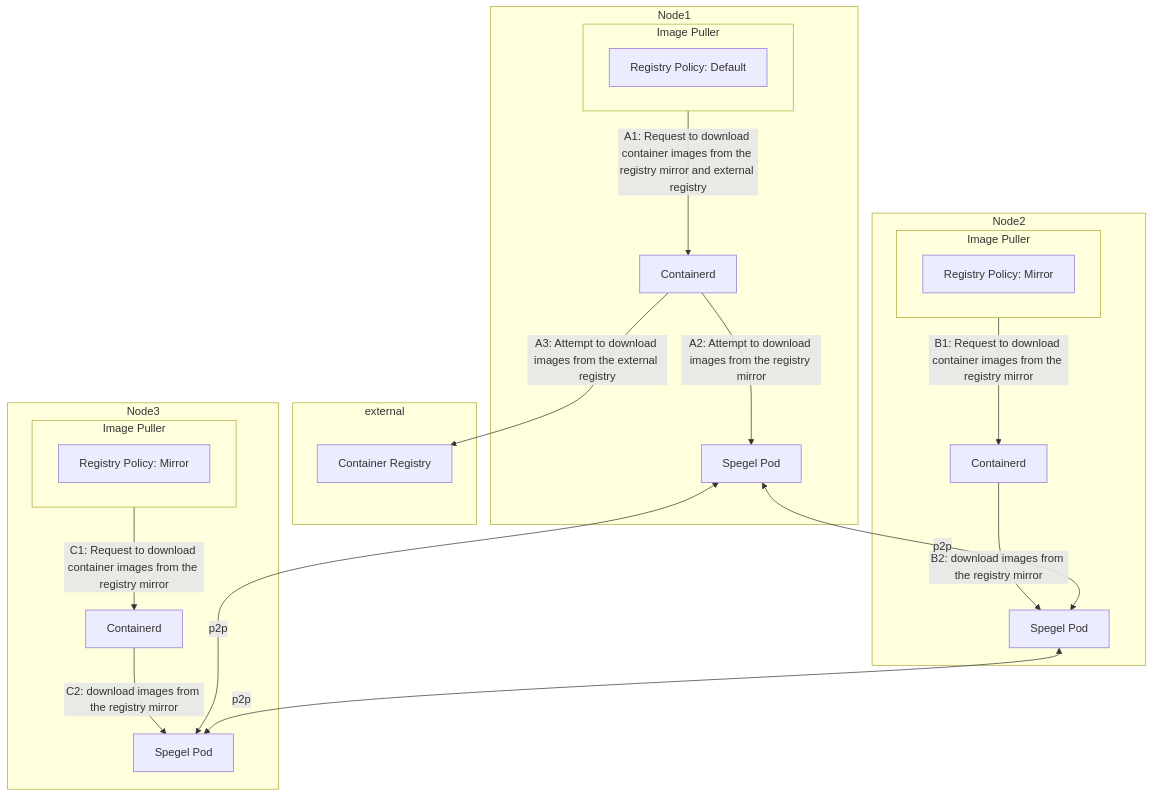
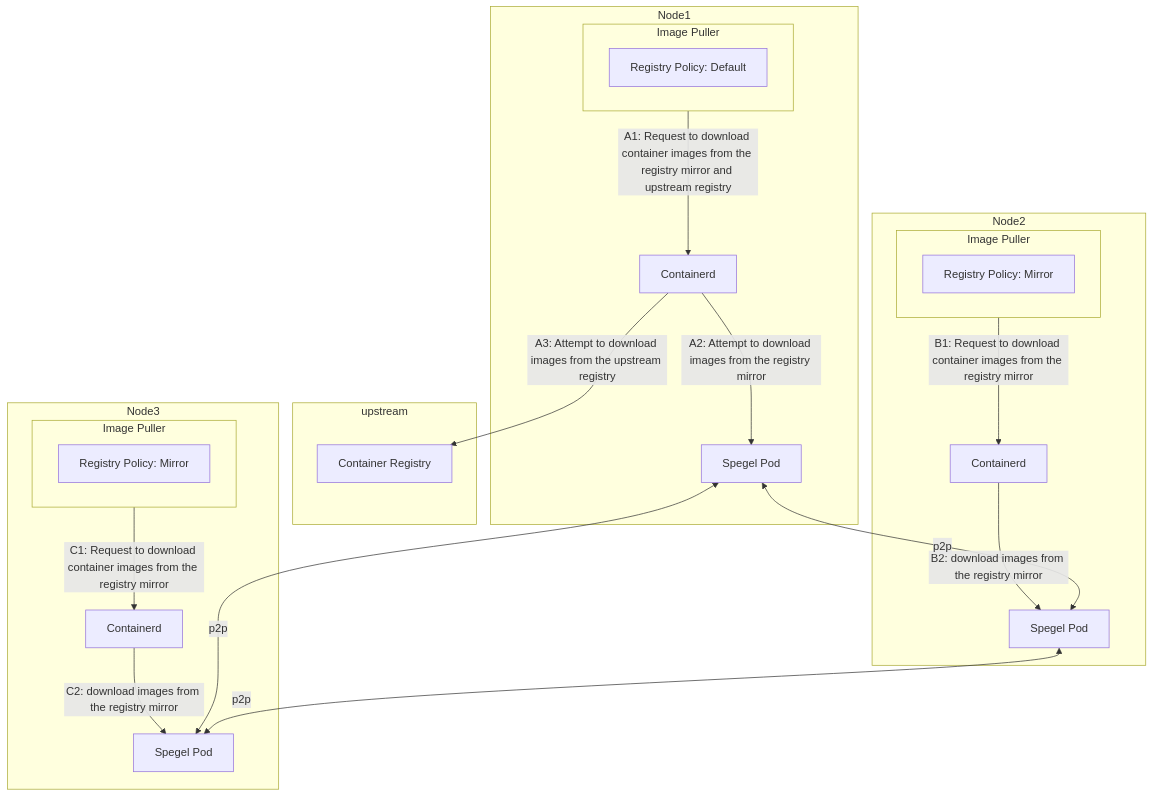
Before and after one commit to zeroalphat/ofen: the second of 2 diagrams in docs/design.md, drawn with Mermaid. The commit also changed other lines of this file, not shown here.

Commit message:
Add image limitations section to design documentation

````diff
--- a/docs/design.md
+++ b/docs/design.md
@@ -98,50 +102,50 @@
 ```mermaid
 graph TD;
 
 
 subgraph Node1 
   subgraph image-puller1[Image Puller]
     RegistryPolicyDefault[Registry Policy: Default]
   end
   containerd-node1[Containerd]
   spegel-pod1[Spegel Pod]
 end
 
-subgraph external
+subgraph upstream
   container-registry[Container Registry]
 end
 
 subgraph Node2
   subgraph image-puller2[Image Puller]
     RegistryPolicyMirror[Registry Policy: Mirror]
   end
   containerd-node2[Containerd]
   spegel-pod2[Spegel Pod]
 end
 
 subgraph Node3
   subgraph image-puller3[Image Puller]
     RegistryPolicyMirror2[Registry Policy: Mirror]
   end
   containerd-node3[Containerd]
   spegel-pod3[Spegel Pod]
 end
 
 
 
 %% Node1
-image-puller1-->|A1: Request to download container images from the registry mirror and external registry|containerd-node1
+image-puller1-->|A1: Request to download container images from the registry mirror and upstream registry|containerd-node1
 containerd-node1-->|A2: Attempt to download images from the registry mirror|spegel-pod1
-containerd-node1-->|A3: Attempt to download images from the external registry|container-registry
+containerd-node1-->|A3: Attempt to download images from the upstream registry|container-registry
 
 %% Node2
 image-puller2-->|B1: Request to download container images from the registry mirror|containerd-node2
 containerd-node2-->|B2: download images from the registry mirror|spegel-pod2
 spegel-pod1<-->|p2p|spegel-pod2
 
 %% Node3
 image-puller3-->|C1: Request to download container images from the registry mirror|containerd-node3
 containerd-node3-->|C2: download images from the registry mirror|spegel-pod3
 spegel-pod1<-->|p2p|spegel-pod3
 spegel-pod2<-->|p2p|spegel-pod3
 ```
````
